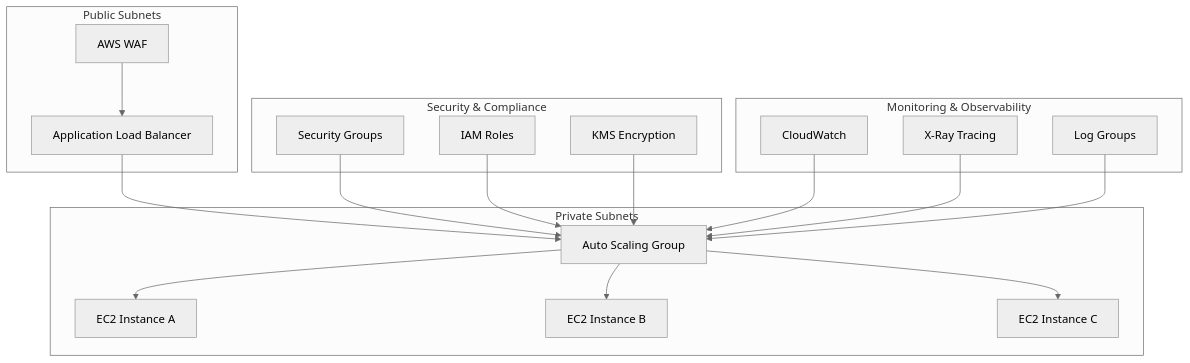
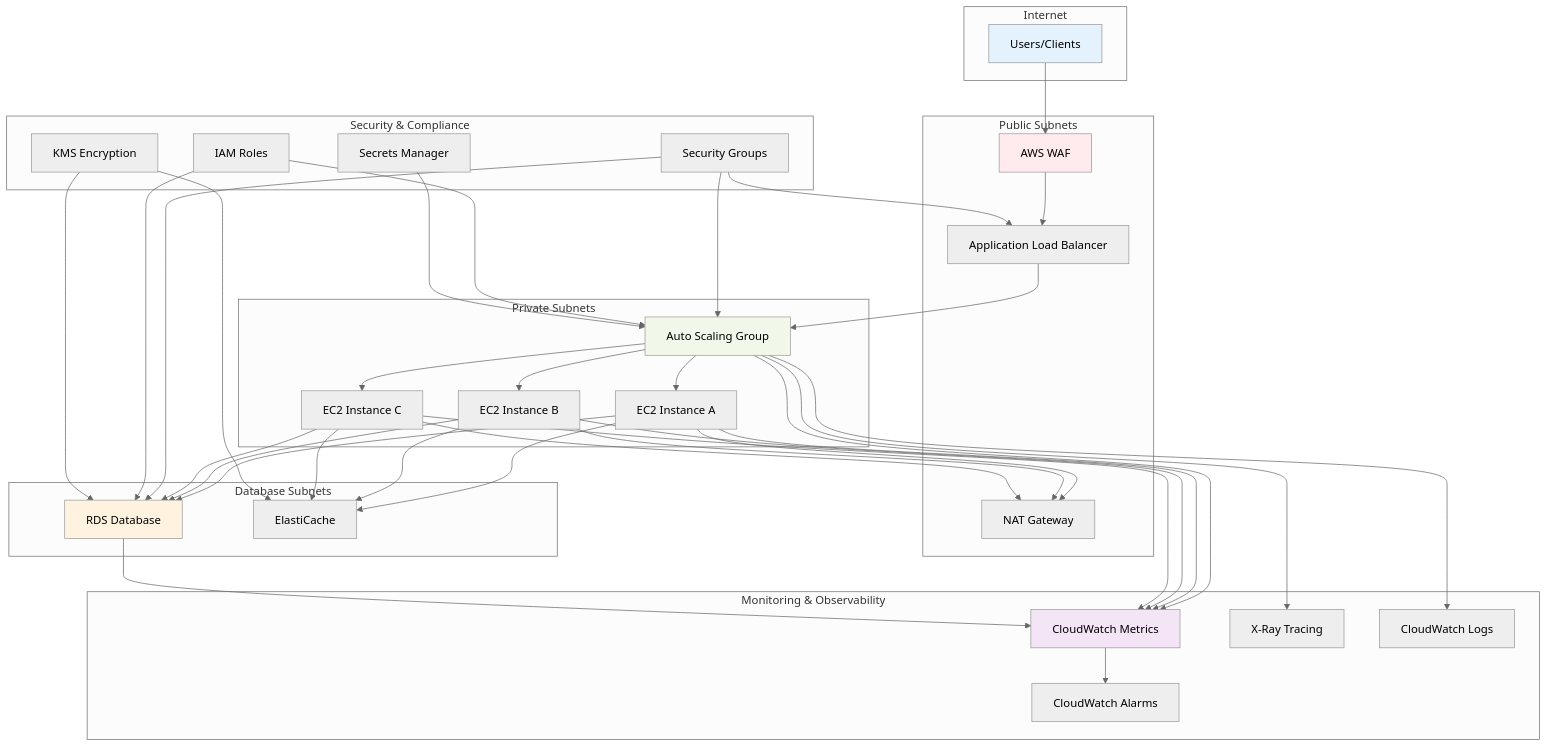
The sixth of 7 diagrams in training_materials/terraform/module_19_publishing_and_advanced_module_patterns.md (simondbrooke/terraform-training-jamfpro), drawn with Mermaid (neutral theme) before and after one commit. The commit also changed other lines of this file and 1 other file, not shown here.

Commit message:
added diagrams to module 19

````diff
--- a/training_materials/terraform/module_19_publishing_and_advanced_module_patterns.md
+++ b/training_materials/terraform/module_19_publishing_and_advanced_module_patterns.md
@@ -1534,8 +1842,13 @@
 ```mermaid
 graph TB
+    subgraph "Internet"
+        USERS[Users/Clients]
+    end
+    
     subgraph "Public Subnets"
         ALB[Application Load Balancer]
         WAF[AWS WAF]
+        NAT[NAT Gateway]
     end
     
     subgraph "Private Subnets"
@@ -1545,27 +1858,69 @@
         EC2C[EC2 Instance C]
     end
     
+    subgraph "Database Subnets"
+        RDS[RDS Database]
+        CACHE[ElastiCache]
+    end
+    
     subgraph "Security & Compliance"
         SG[Security Groups]
         IAM[IAM Roles]
         KMS[KMS Encryption]
+        SECRETS[Secrets Manager]
     end
     
     subgraph "Monitoring & Observability"
-        CW[CloudWatch]
+        CW[CloudWatch Metrics]
         XR[X-Ray Tracing]
-        LOG[Log Groups]
+        LOG[CloudWatch Logs]
+        ALARM[CloudWatch Alarms]
     end
     
+    %% User traffic flow
+    USERS --> WAF
     WAF --> ALB
     ALB --> ASG
     ASG --> EC2A
     ASG --> EC2B
     ASG --> EC2C
+    
+    %% Database connections
+    EC2A --> RDS
+    EC2B --> RDS
+    EC2C --> RDS
+    EC2A --> CACHE
+    EC2B --> CACHE
+    EC2C --> CACHE
+    
+    %% Security relationships
+    SG --> ALB
     SG --> ASG
+    SG --> RDS
     IAM --> ASG
-    KMS --> ASG
-    CW --> ASG
-    XR --> ASG
-    LOG --> ASG
+    IAM --> RDS
+    KMS --> RDS
+    KMS --> CACHE
+    SECRETS --> ASG
+    
+    %% Monitoring relationships
+    ASG --> CW
+    EC2A --> CW
+    EC2B --> CW
+    EC2C --> CW
+    RDS --> CW
+    ASG --> XR
+    ASG --> LOG
+    CW --> ALARM
+    
+    %% Internet access for private subnets
+    EC2A --> NAT
+    EC2B --> NAT
+    EC2C --> NAT
+    
+    style USERS fill:#e3f2fd
+    style WAF fill:#ffebee
+    style ASG fill:#f1f8e9
+    style RDS fill:#fff3e0
+    style CW fill:#f3e5f5
 ```
````
